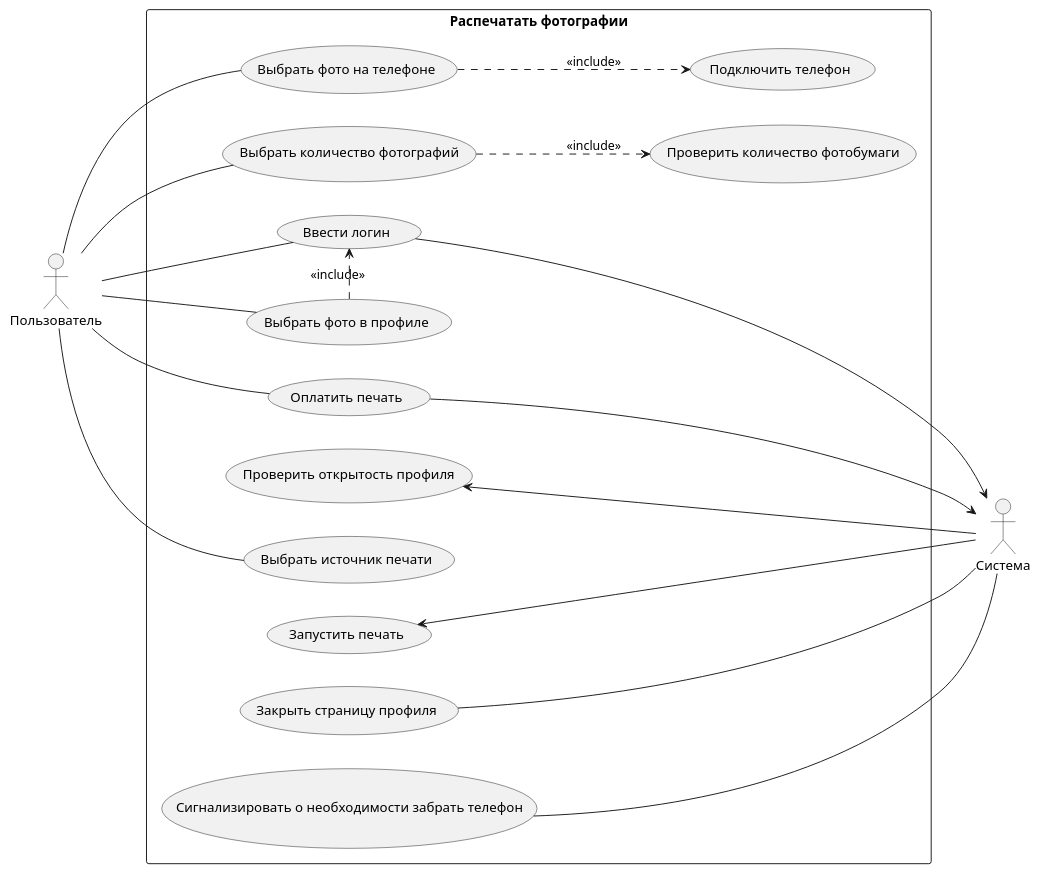
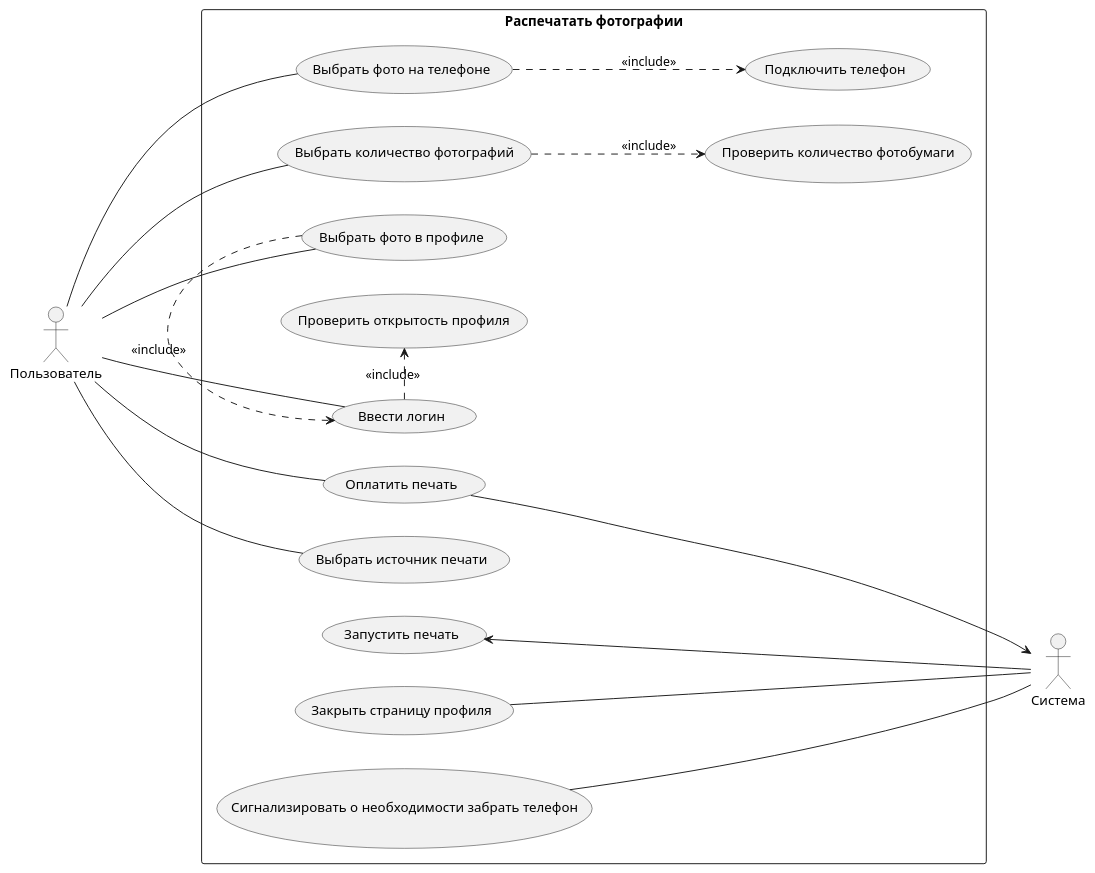
Before and after one commit to PopkovAYu/Notes: the diagram in Notes/Системная аналитика/Курсы от нетологии/Раздел 3. Анализ требований/Итоговая работа по модулю.md, drawn with PlantUML. The commit also changed other lines of this file and 2 other files, not shown here.

````diff
--- a/Notes/Системная аналитика/Курсы от нетологии/Раздел 3. Анализ требований/Итоговая работа по модулю.md
+++ b/Notes/Системная аналитика/Курсы от нетологии/Раздел 3. Анализ требований/Итоговая работа по модулю.md
@@ -78,26 +41,26 @@
 ```plantuml
 @startuml
 actor Пользователь as user
 actor Система as sys
 
 rectangle "Распечатать фотографии" {
 	left to right direction
 	user -- (Выбрать источник печати)
 	user - (Выбрать фото на телефоне)
 	(Выбрать фото на телефоне) ..> (Подключить телефон) : <<include>>
 	user - (Выбрать количество фотографий)
 	(Выбрать количество фотографий) ..> (Проверить количество фотобумаги) : <<include>>
 	user - (Выбрать фото в профиле)
 	user - (Ввести логин)
 	(Выбрать фото в профиле) .> (Ввести логин) : <<include>>
-	(Ввести логин) --> sys
+	(Ввести логин) .> (Проверить открытость профиля) : <<include>>
 	user - (Оплатить печать)
 	(Оплатить печать) --> sys
 	(Запустить печать) <-- sys 
 	(Закрыть страницу профиля) --- sys 
 	(Сигнализировать о необходимости забрать телефон) --- sys
-	(Проверить открытость профиля) <- sys 
+	 
 	
 }
 @enduml
 ```
````
